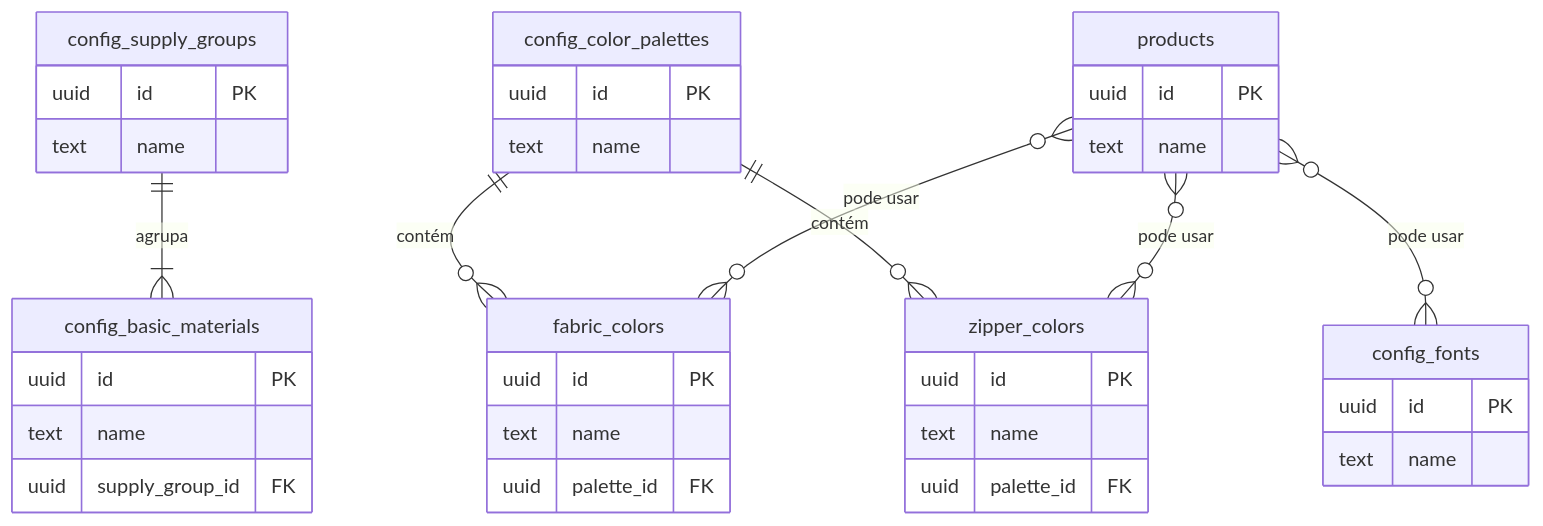
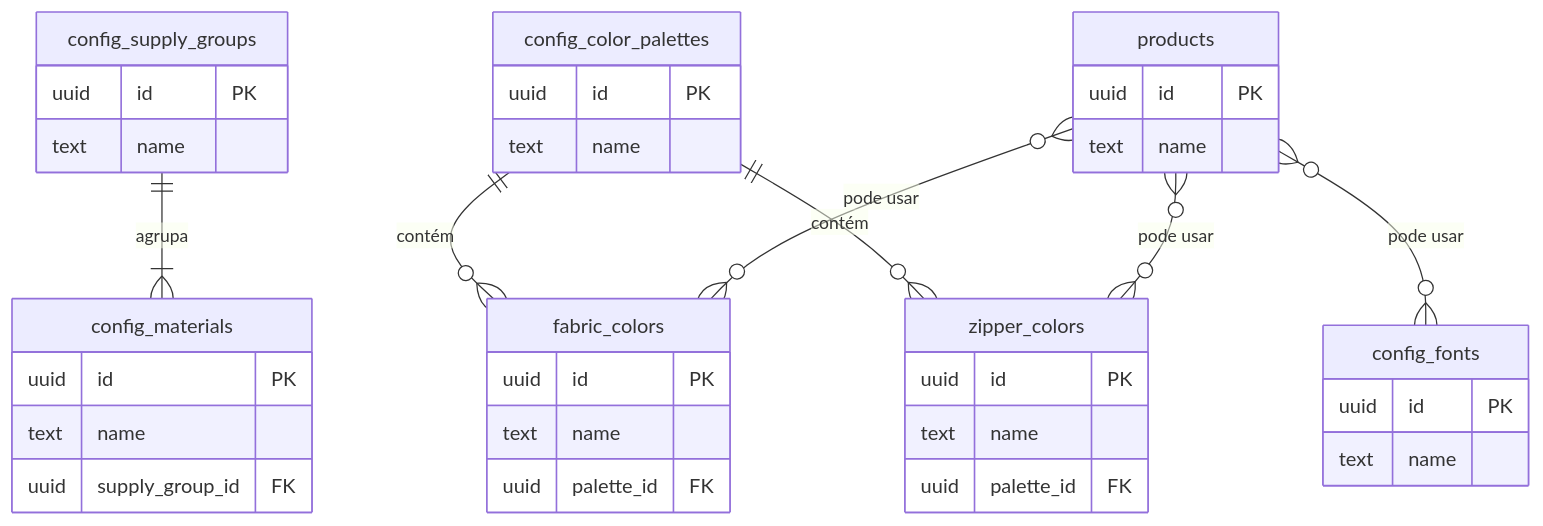
One commit to renanserpa/hub-olie changed the first of 2 diagrams in reports/settings_v3_diff.md. Above: the diagram before and after it, drawn with Mermaid. The commit also changed other lines of this file and 9 other files, not shown here.

First line of the commit message:
feat: Refactor materials schema and UI

````diff
--- a/reports/settings_v3_diff.md
+++ b/reports/settings_v3_diff.md
@@ -47,41 +47,41 @@
 ```mermaid
 erDiagram
-    config_supply_groups ||--|{ config_basic_materials : "agrupa"
+    config_supply_groups ||--|{ config_materials : "agrupa"
     config_color_palettes ||--o{ fabric_colors : "contém"
     config_color_palettes ||--o{ zipper_colors : "contém"
     products }o--o{ fabric_colors : "pode usar"
     products }o--o{ zipper_colors : "pode usar"
     products }o--o{ config_fonts : "pode usar"
 
     config_supply_groups {
         uuid id PK
         text name
     }
-    config_basic_materials {
+    config_materials {
         uuid id PK
         text name
         uuid supply_group_id FK
     }
     config_color_palettes {
         uuid id PK
         text name
     }
     fabric_colors {
         uuid id PK
         text name
         uuid palette_id FK
     }
     zipper_colors {
         uuid id PK
         text name
         uuid palette_id FK
     }
     config_fonts {
         uuid id PK
         text name
     }
     products {
         uuid id PK
         text name
     }
 ```
````
